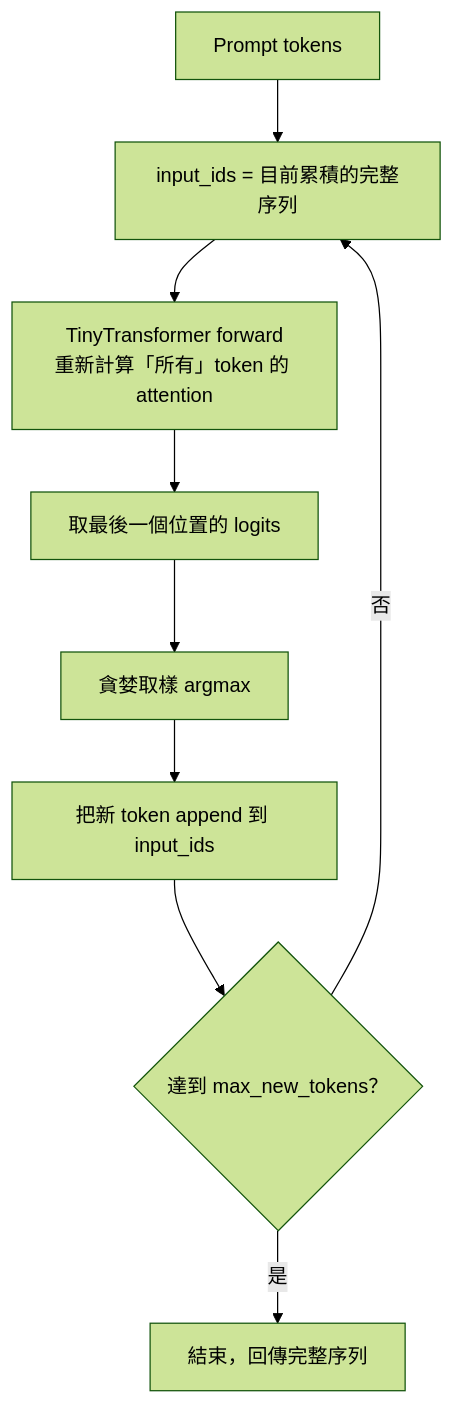
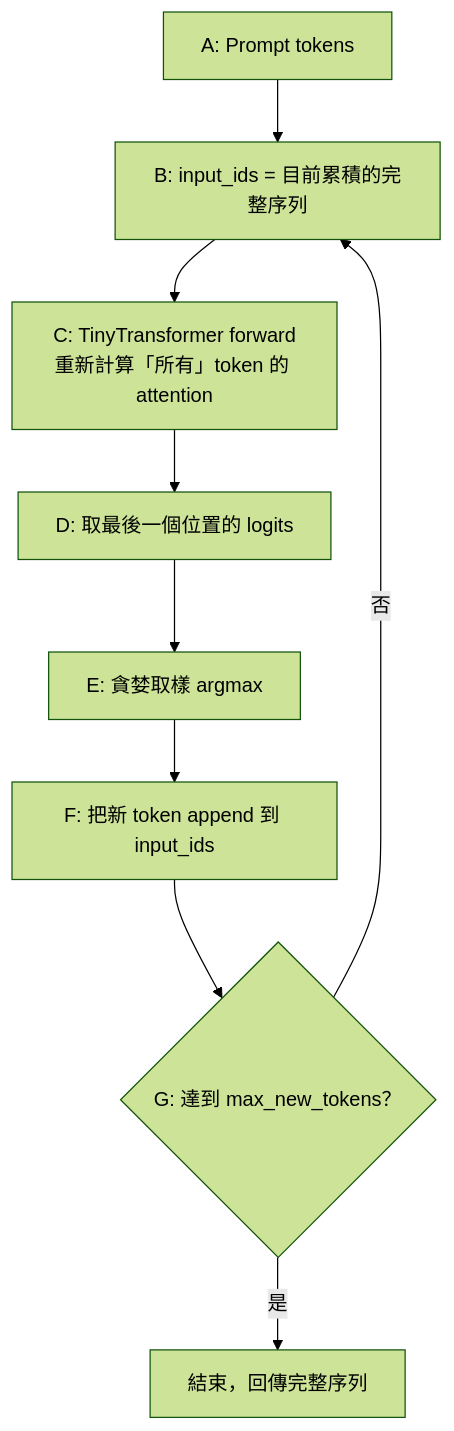
One commit to mangreen/mini-vllm changed the second of 2 diagrams in docs/stage0-baseline.md. Above: the diagram before and after it, drawn with Mermaid (forest theme). The commit also changed other lines of this file and 1 other file, not shown here.

Commit message:
docs: add comments for tiny_transformer

````diff
--- a/docs/stage0-baseline.md
+++ b/docs/stage0-baseline.md
@@ -51,11 +51,11 @@
 ```mermaid
 flowchart TD
-    A["Prompt tokens"] --> B["input_ids = 目前累積的完整序列"]
-    B --> C["TinyTransformer forward<br/>重新計算「所有」token 的 attention"]
-    C --> D["取最後一個位置的 logits"]
-    D --> E["貪婪取樣 argmax"]
-    E --> F["把新 token append 到 input_ids"]
-    F --> G{"達到 max_new_tokens？"}
+    A["A: Prompt tokens"] --> B["B: input_ids = 目前累積的完整序列"]
+    B --> C["C: TinyTransformer forward<br/>重新計算「所有」token 的 attention"]
+    C --> D["D: 取最後一個位置的 logits"]
+    D --> E["E: 貪婪取樣 argmax"]
+    E --> F["F: 把新 token append 到 input_ids"]
+    F --> G{"G: 達到 max_new_tokens？"}
     G -->|否| B
     G -->|是| H["結束，回傳完整序列"]
 ```
````
